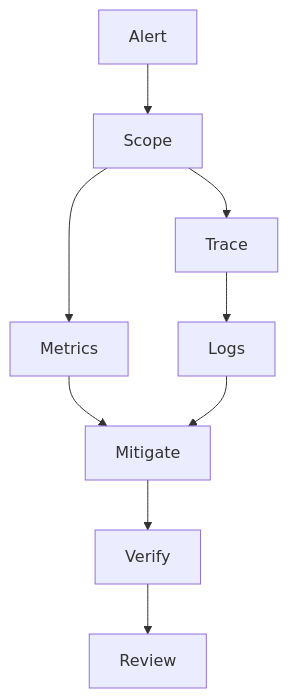
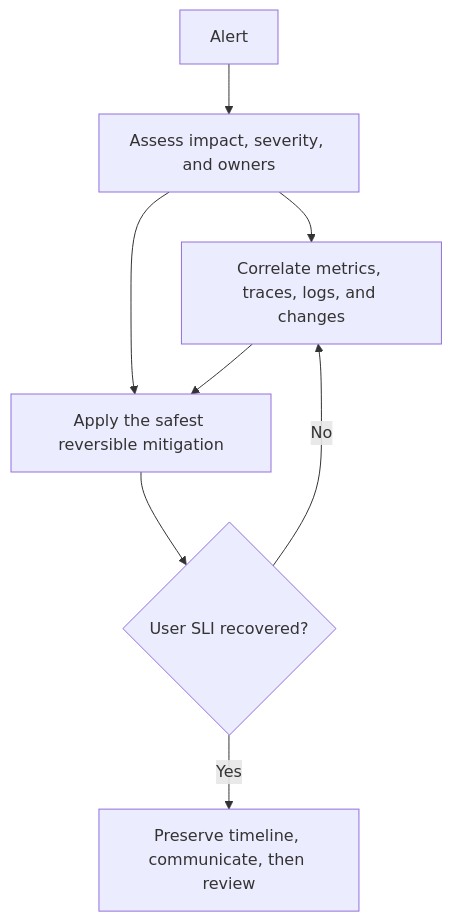
Before and after one commit to lu-xury/agent-backend-textbook: the diagram in app/book/chapter10.md, drawn with Mermaid. The commit also changed 17 other files, not shown here.

First line of the commit message:
审核全书概念、图表与伪代码

````diff
--- a/app/book/chapter10.md
+++ b/app/book/chapter10.md
@@ -94,11 +94,10 @@
 ```mermaid
 flowchart TD
-  Alert --> Scope
-  Scope --> Metrics
-  Scope --> Trace
-  Trace --> Logs
-  Metrics --> Mitigate
-  Logs --> Mitigate
-  Mitigate --> Verify
-  Verify --> Review
+  Alert --> Impact["Assess impact, severity, and owners"]
+  Impact --> Evidence["Correlate metrics, traces, logs, and changes"]
+  Impact --> Mitigate["Apply the safest reversible mitigation"]
+  Evidence --> Mitigate
+  Mitigate --> Verify{"User SLI recovered?"}
+  Verify -- No --> Evidence
+  Verify -- Yes --> Review["Preserve timeline, communicate, then review"]
 ```
````
